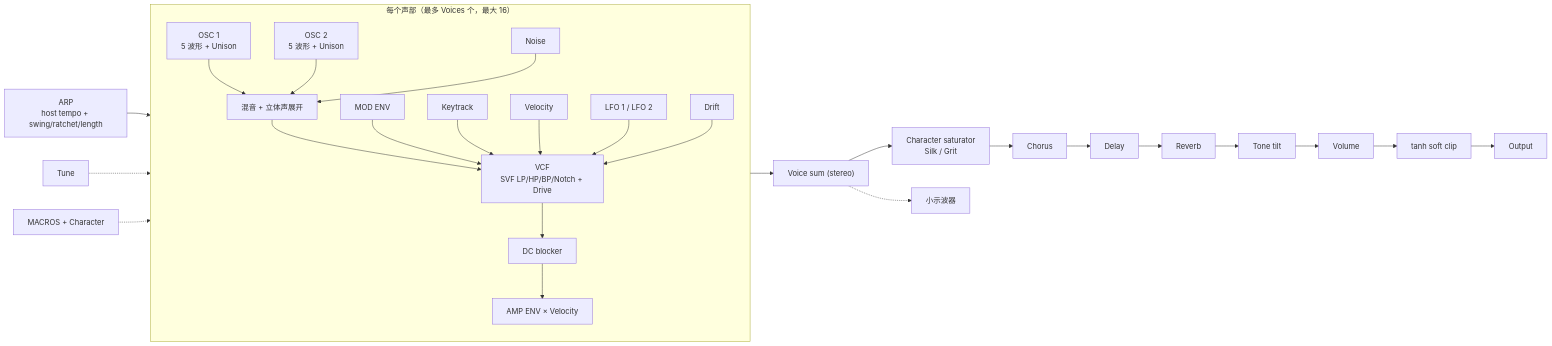
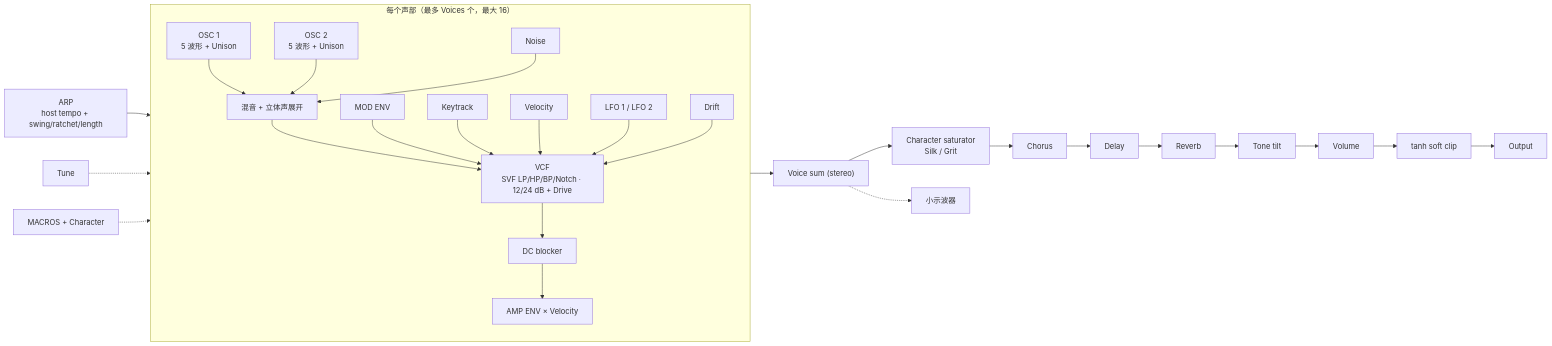
The diagram in README.md (77-223255/sushi), drawn with Mermaid before and after one commit. The commit also changed other lines of this file and 5 other files, not shown here.

````diff
--- a/README.md
+++ b/README.md
@@ -54,25 +54,25 @@
 ```mermaid
 flowchart LR
   subgraph VOICE["每个声部（最多 Voices 个，最大 16）"]
     O1["OSC 1<br/>5 波形 + Unison"] --> MIX["混音 + 立体声展开"]
     O2["OSC 2<br/>5 波形 + Unison"] --> MIX
     N["Noise"] --> MIX
-    MIX --> F["VCF<br/>SVF LP/HP/BP/Notch + Drive"]
+    MIX --> F["VCF<br/>SVF LP/HP/BP/Notch · 12/24 dB + Drive"]
     FE["MOD ENV"] --> F
     KT["Keytrack"] --> F
     VEL["Velocity"] --> F
     LFO["LFO 1 / LFO 2"] --> F
     DR["Drift"] --> F
     F --> DC["DC blocker"] --> AMP["AMP ENV × Velocity"]
   end
 
   ARP["ARP<br/>host tempo + swing/ratchet/length"] --> VOICE
   TUNE["Tune"] -.-> VOICE
   MAC["MACROS + Character"] -.-> VOICE
 
   VOICE --> SUM["Voice sum (stereo)"]
   SUM --> CHAR["Character saturator<br/>Silk / Grit"]
   CHAR --> CH["Chorus"] --> DL["Delay"] --> RV["Reverb"]
   RV --> TONE["Tone tilt"] --> VOL["Volume"] --> CLIP["tanh soft clip"] --> OUT["Output"]
   SUM -.-> SCOPE["小示波器"]
 ```
````
